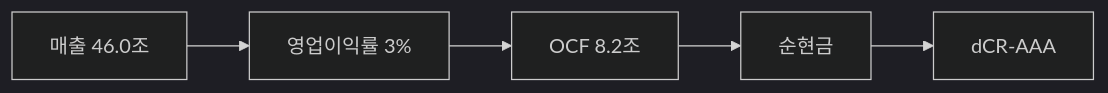
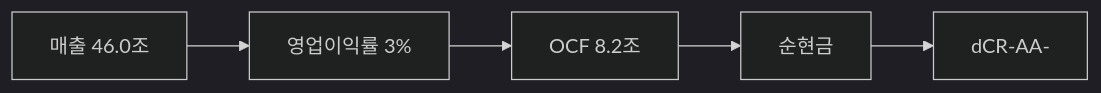
One commit to eddmpython/dartlab changed the diagram in blog/04-credit-reports/07-051910-lg-chem/index.md. Above: the diagram before and after it, drawn with Mermaid (dark theme). The commit also changed other lines of this file and 22 other files, not shown here.

````diff
--- a/blog/04-credit-reports/07-051910-lg-chem/index.md
+++ b/blog/04-credit-reports/07-051910-lg-chem/index.md
@@ -106,7 +100,7 @@
 ```mermaid
 graph LR
     A[매출 46.0조] --> B[영업이익률 3%]
     B --> C[OCF 8.2조]
     C --> D[순현금]
-    D --> E[dCR-AAA]
+    D --> E[dCR-AA-]
 ```
````
